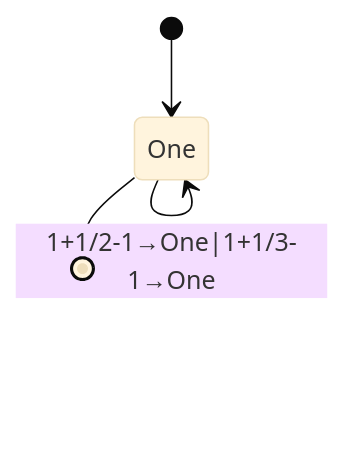
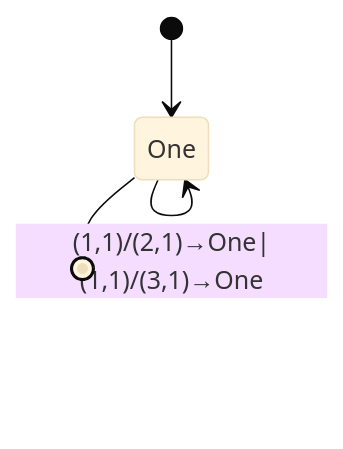
Before and after one commit to raganwald/raganwald.github.com: the diagram in _posts/2020-05-03-fractran.md, drawn with Mermaid (base theme). The commit also changed other lines of this file, not shown here.

```diff
--- a/_posts/2020-05-03-fractran.md
+++ b/_posts/2020-05-03-fractran.md
@@ -318,6 +318,6 @@
 <div class="mermaid">
   stateDiagram
     [*] --> One
-    One --> One: 1+1/2-1→One|1+1/3-1→One
+    One --> One: (1,1)/(2,1)→One|(1,1)/(3,1)→One
     One --> [*]
 </div>
```
